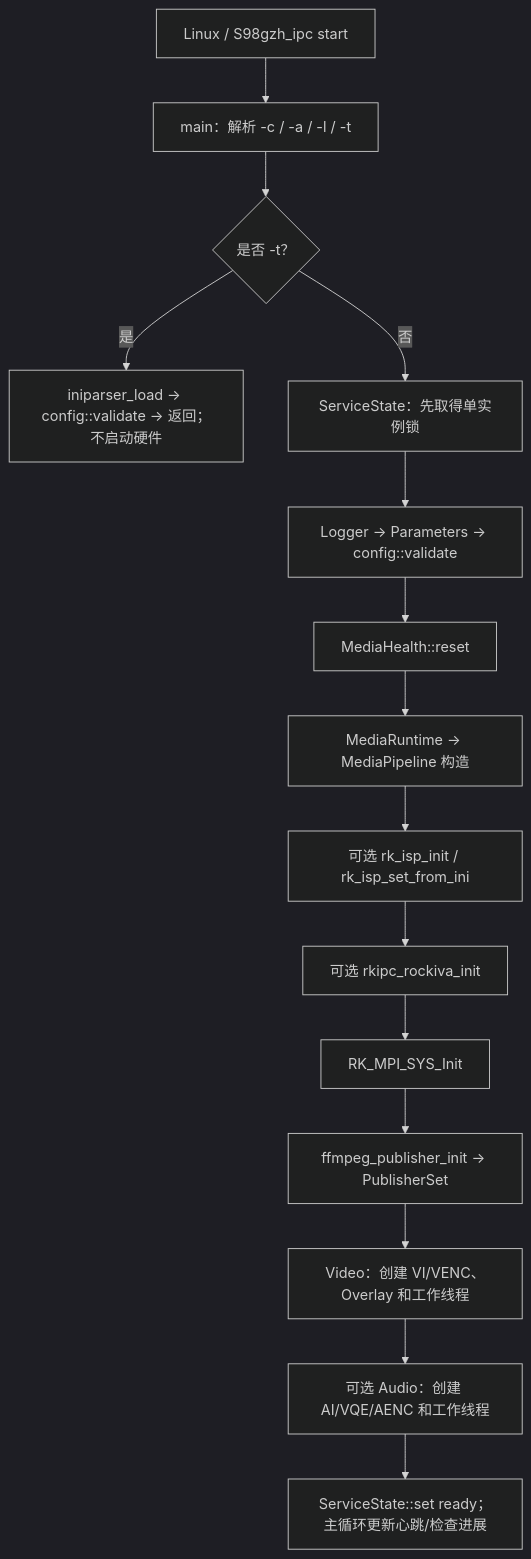
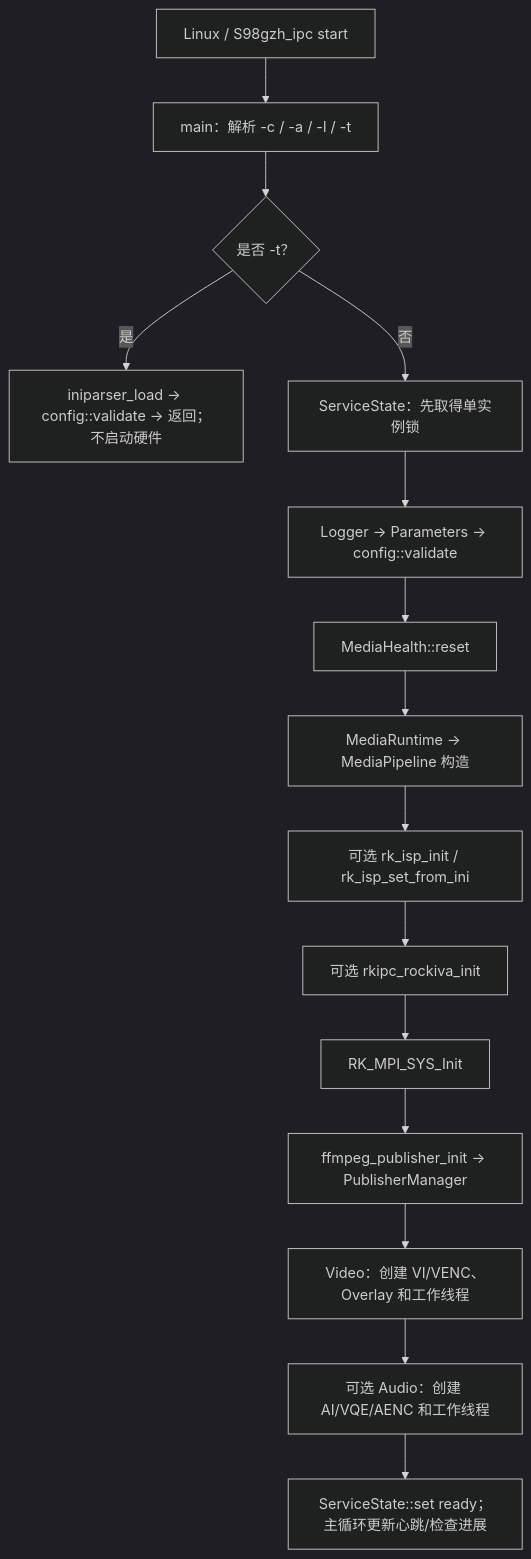
Before and after one commit to guozhenhui0317-del/rv1106ipc: the first of 7 diagrams in README.md, drawn with Mermaid (dark theme). The commit also changed other lines of this file and 6 other files, not shown here.

````diff
--- a/README.md
+++ b/README.md
@@ -161,17 +166,17 @@
 ```mermaid
 flowchart TD
     A["Linux / S98gzh_ipc start"] --> B["main：解析 -c / -a / -l / -t"]
     B --> C{"是否 -t？"}
     C -->|是| T["iniparser_load → config::validate → 返回；不启动硬件"]
     C -->|否| D["ServiceState：先取得单实例锁"]
     D --> E["Logger → Parameters → config::validate"]
     E --> F["MediaHealth::reset"]
     F --> G["MediaRuntime → MediaPipeline 构造"]
     G --> H["可选 rk_isp_init / rk_isp_set_from_ini"]
     H --> I["可选 rkipc_rockiva_init"]
     I --> J["RK_MPI_SYS_Init"]
-    J --> K["ffmpeg_publisher_init → PublisherSet"]
+    J --> K["ffmpeg_publisher_init → PublisherManager"]
     K --> L["Video：创建 VI/VENC、Overlay 和工作线程"]
     L --> M["可选 Audio：创建 AI/VQE/AENC 和工作线程"]
     M --> N["ServiceState::set ready；主循环更新心跳/检查进展"]
 ```
````
